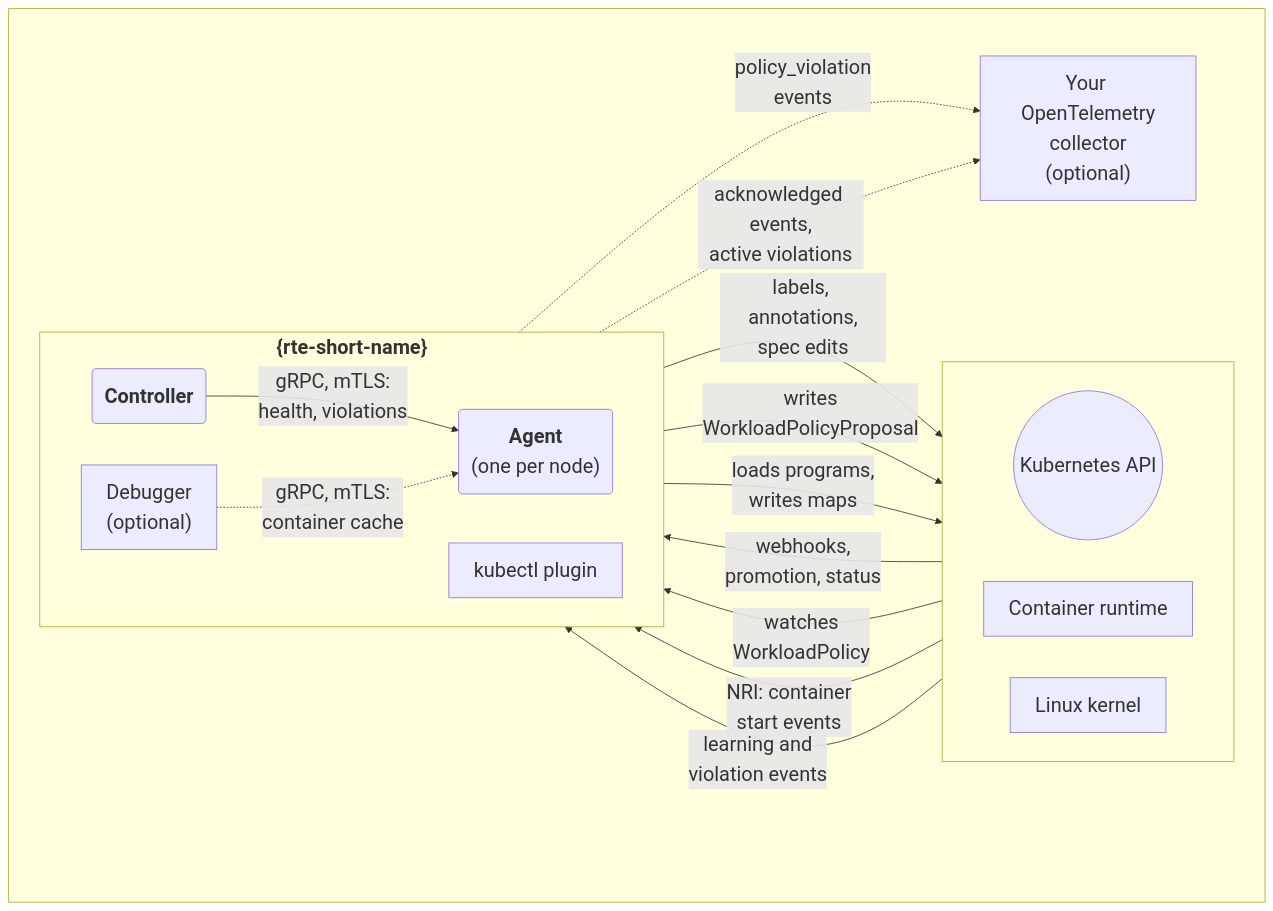
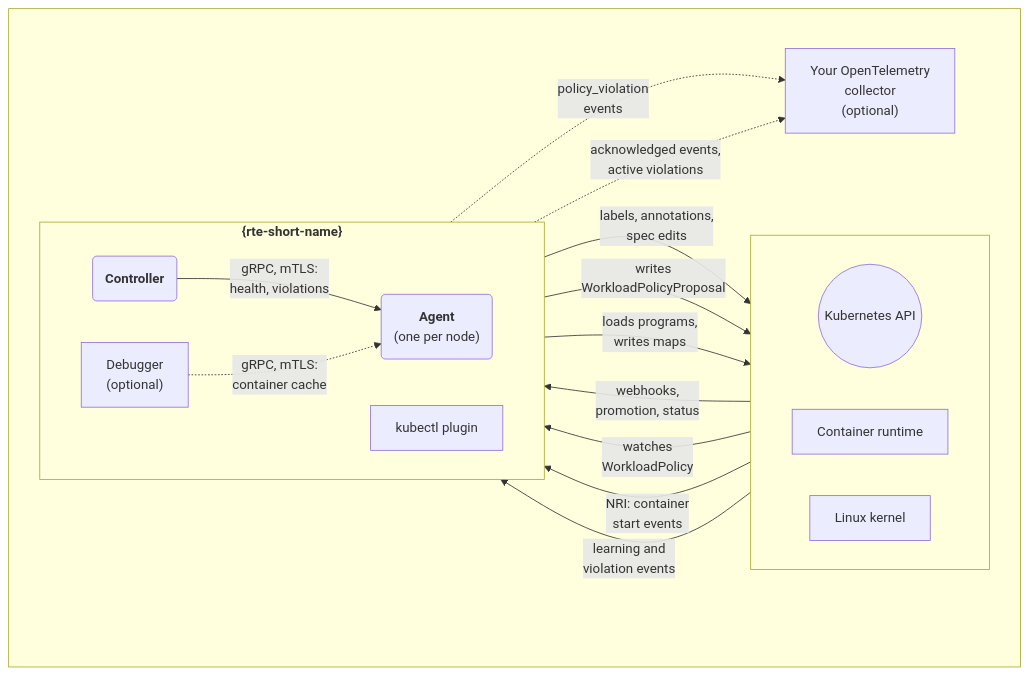
One commit to kubewarden/docs changed the diagram in docs/runtime-enforcer/version-0.11/modules/en/pages/explanations/architecture.adoc. Above: the diagram before and after it, drawn with Mermaid. The commit also changed 11 other files, not shown here.

First line of the commit message:
build: update Mermaid to 12.3.0 and let Renovate update it

```diff
--- a/docs/runtime-enforcer/version-0.11/modules/en/pages/explanations/architecture.adoc
+++ b/docs/runtime-enforcer/version-0.11/modules/en/pages/explanations/architecture.adoc
@@ -68,37 +68,36 @@
 [mermaid,subs="attributes"]
 ....
-%%{init: { "themeVariables": { "fontSize": "24px" } }}%%
 graph LR
     accTitle: {rte-short-name} architecture
     accDescr: A diagram showing the components of {rte-short-name} and the flow of data between them.
     subgraph outer[" "]
       direction LR
       subgraph platform[" "]
         direction LR
         k8s(("Kubernetes API"))
         runtime["Container runtime"]
         kernel["Linux kernel"]
       end
       subgraph kw["`**{rte-short-name}**`"]
         direction LR
         controller("`**Controller**`")
         agent("`**Agent**
         (one per node)`")
         debugger["Debugger\n(optional)"]
         plugin["kubectl plugin"]
       end
       collector["Your OpenTelemetry\ncollector\n(optional)"]
     end
     plugin -->|"labels, annotations,\nspec edits"| k8s
     k8s -->|"webhooks,\npromotion, status"| controller
     k8s -->|"watches\nWorkloadPolicy"| agent
     agent -->|"writes\nWorkloadPolicyProposal"| k8s
     runtime -->|"NRI: container\nstart events"| agent
     agent -->|"loads programs,\nwrites maps"| kernel
     kernel -->|"learning and\nviolation events"| agent
     controller -->|"gRPC, mTLS:\nhealth, violations"| agent
     debugger -. "gRPC, mTLS:\ncontainer cache" .-> agent
     agent -. "policy_violation\nevents" .-> collector
     controller -. "acknowledged events,\nactive violations" .-> collector
     class outer,platform,kw container
 ....
```
